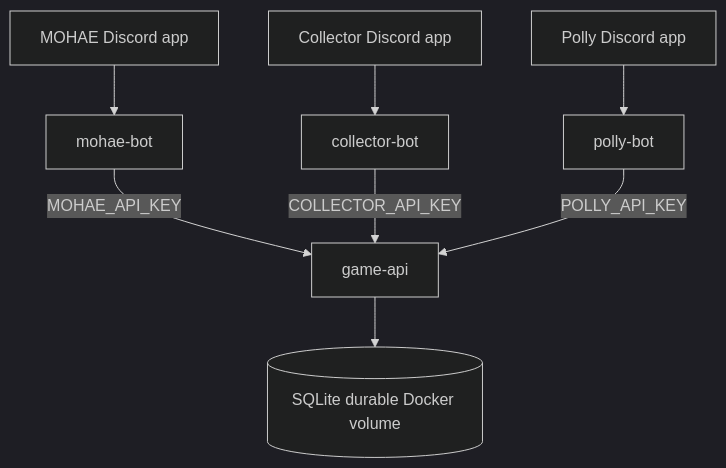
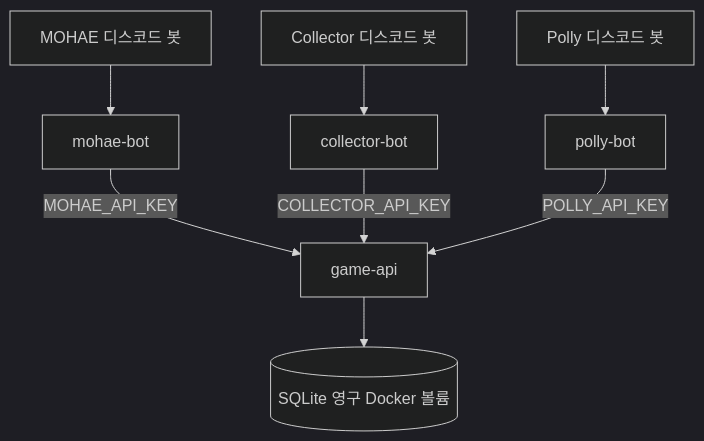
Before and after one commit to giinii06/mohae-ci-mirror: the diagram in README.md, drawn with Mermaid (dark theme). The commit also changed other lines of this file and 1 other file, not shown here.

```diff
--- a/README.md
+++ b/README.md
@@ -13,10 +20,10 @@
 ~~~mermaid
 flowchart TD
-  A[MOHAE Discord app] --> B[mohae-bot]
-  C[Collector Discord app] --> D[collector-bot]
-  E[Polly Discord app] --> F[polly-bot]
+  A[MOHAE 디스코드 봇] --> B[mohae-bot]
+  C[Collector 디스코드 봇] --> D[collector-bot]
+  E[Polly 디스코드 봇] --> F[polly-bot]
   B -->|"MOHAE_API_KEY"| G[game-api]
   D -->|"COLLECTOR_API_KEY"| G
   F -->|"POLLY_API_KEY"| G
-  G --> H[(SQLite durable Docker volume)]
+  G --> H[(SQLite 영구 Docker 볼륨)]
 ~~~
```
